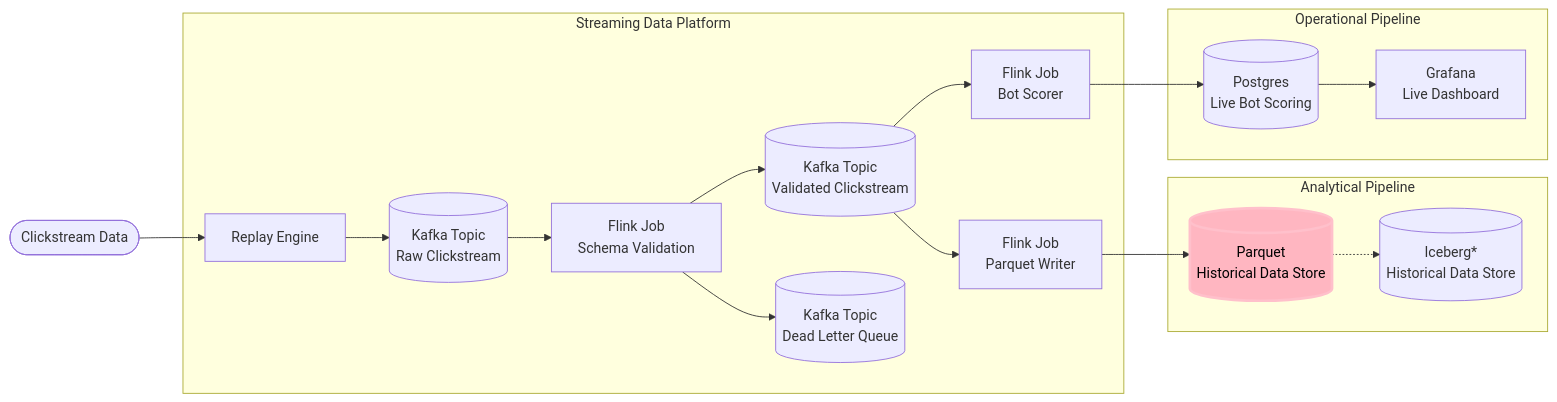
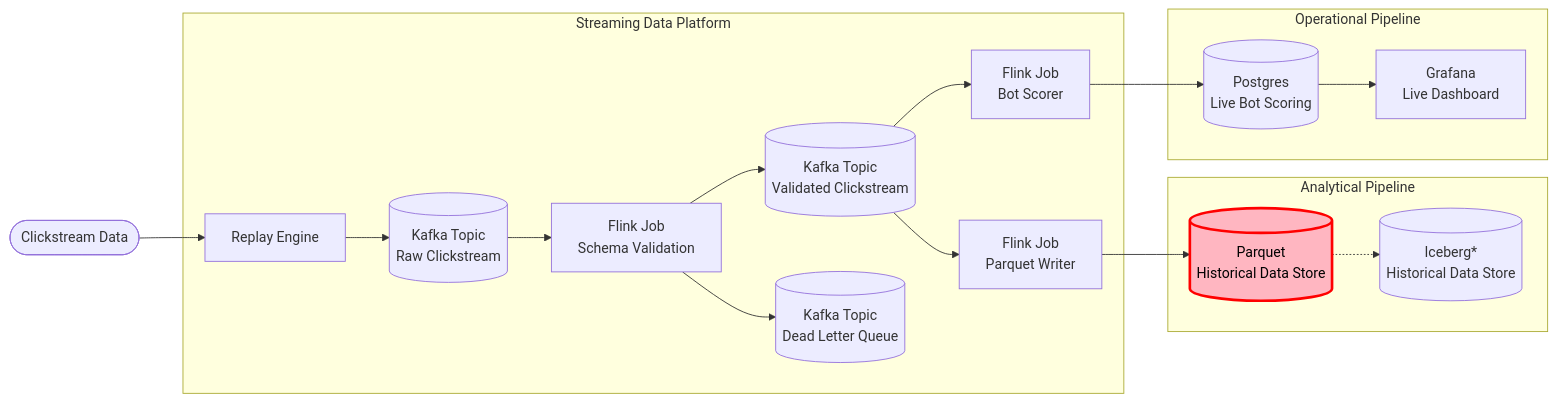
Before and after one commit to Rez99/data-engineering-portfolio: the eighth of 10 diagrams in project-3-streaming-bot-detection/README.md, drawn with Mermaid. The commit also changed other lines of this file, not shown here.

Commit message:
Update flowchart highlight colors for improved visibility

````diff
--- a/project-3-streaming-bot-detection/README.md
+++ b/project-3-streaming-bot-detection/README.md
@@ -897,60 +897,60 @@
 ```mermaid
 flowchart LR
 
     DATA([Clickstream Data])
 
     subgraph STREAMING["Streaming Data Platform"]
 
         REPLAY[Replay Engine]
 
         RAW[("Kafka Topic<br>Raw Clickstream")]
 
         VALIDATE["Flink Job<br>Schema Validation"]
 
         CLEAN[("Kafka Topic<br>Validated Clickstream")]
 
         DLQ[("Kafka Topic<br>Dead Letter Queue")]
 
         ANALYTICS_JOB["Flink Job<br>Parquet Writer"]
 
         OPERATIONAL_JOB["Flink Job<br>Bot Scorer"]
 
         REPLAY --> RAW
         RAW --> VALIDATE
         VALIDATE --> CLEAN
         VALIDATE --> DLQ
 
         CLEAN --> ANALYTICS_JOB
         CLEAN --> OPERATIONAL_JOB
 
     end
 
     subgraph ANALYTICAL["Analytical Pipeline"]
 
         PARQUET[(Parquet<br>Historical Data Store)]
 
         ICEBERG[(Iceberg*<br>Historical Data Store)]
 
         PARQUET -.-> ICEBERG
 
     end
 
     subgraph OP_PIPELINE["Operational Pipeline"]
 
         POSTGRES[(Postgres<br>Live Bot Scoring)]
 
         GRAFANA["Grafana<br>Live Dashboard"]
 
         POSTGRES --> GRAFANA
 
     end
 
     DATA --> REPLAY
 
     ANALYTICS_JOB --> PARQUET
 
     OPERATIONAL_JOB --> POSTGRES
 
-    classDef highlighted fill:lightpink,stroke:pink,stroke-width:3px,color:black
+    classDef highlighted fill:lightpink,stroke:red,stroke-width:3px,color:black
     class PARQUET highlighted
 ```
````
